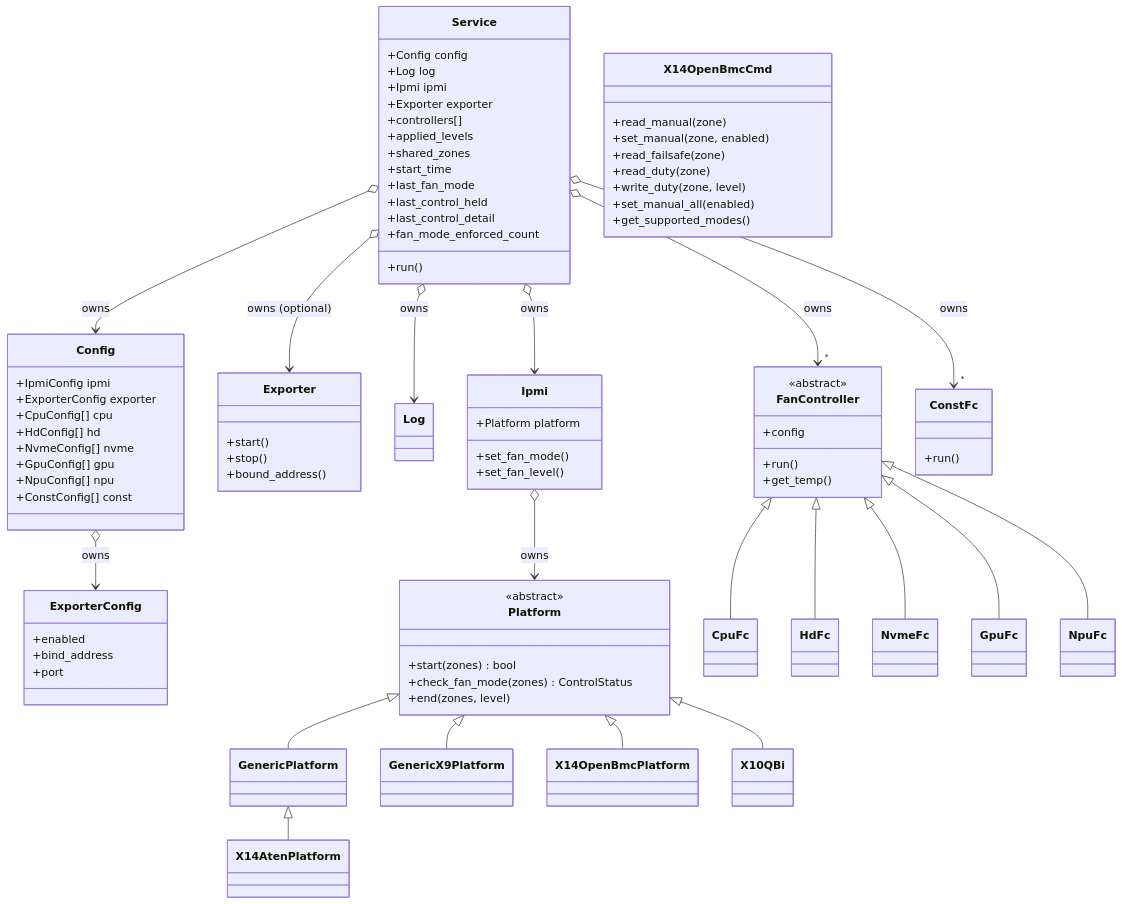
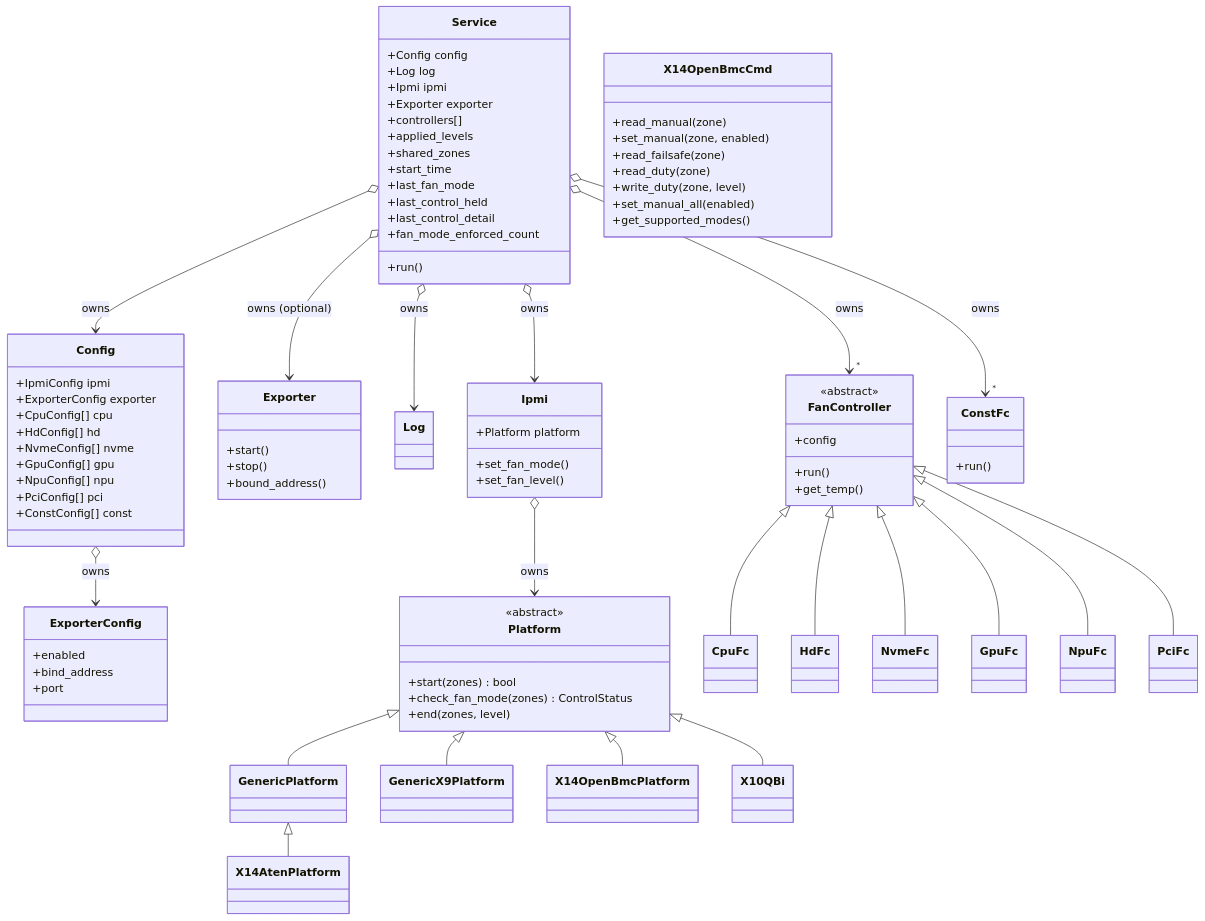
The second of 11 diagrams in ARCHITECTURE.md (petersulyok/smfc), drawn with Mermaid before and after one commit. The commit also changed other lines of this file and 36 other files, not shown here.

````diff
--- a/ARCHITECTURE.md
+++ b/ARCHITECTURE.md
@@ -117,6 +118,7 @@
         +NvmeConfig[] nvme
         +GpuConfig[] gpu
         +NpuConfig[] npu
+        +PciConfig[] pci
         +ConstConfig[] const
     }
     class ExporterConfig {
@@ -167,6 +169,7 @@
     class NvmeFc
     class GpuFc
     class NpuFc
+    class PciFc
     class ConstFc {
         +run()
     }
@@ -189,4 +192,5 @@
     FanController <|-- NvmeFc
     FanController <|-- GpuFc
     FanController <|-- NpuFc
+    FanController <|-- PciFc
 ```
````
